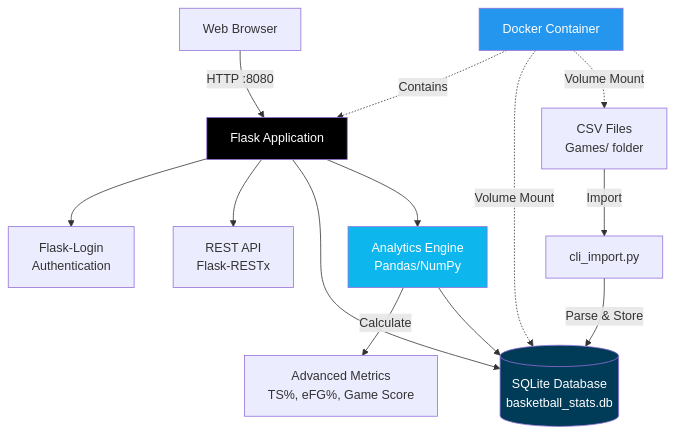
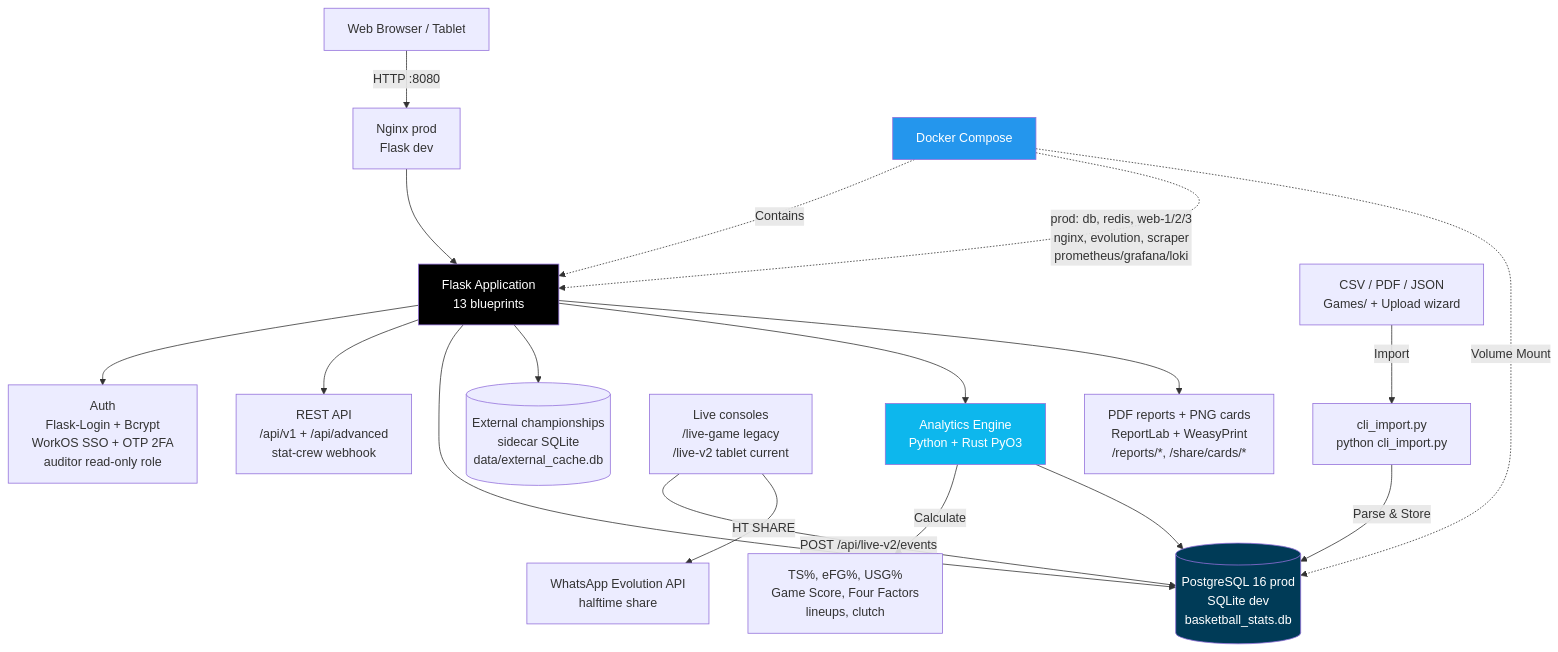
Before and after one commit to GiulioMastromartino/Basketball-stats: the diagram in README.md, drawn with Mermaid. The commit also changed other lines of this file and 14 other files, not shown here.

````diff
--- a/README.md
+++ b/README.md
@@ -9,23 +9,30 @@
 ```mermaid
 graph TD
-    Client[Web Browser] -->|HTTP :8080| Flask[Flask Application]
-    Flask --> Auth[Flask-Login<br/>Authentication]
-    Flask --> API[REST API<br/>Flask-RESTx]
-    Flask --> DB[(SQLite Database<br/>basketball_stats.db)]
-    
-    CSV[CSV Files<br/>Games/ folder] -->|Import| CLI[cli_import.py]
+    Client[Web Browser / Tablet] -->|HTTP :8080| Nginx[Nginx prod<br/>Flask dev]
+    Nginx --> Flask[Flask Application<br/>13 blueprints]
+    Flask --> Auth[Auth<br/>Flask-Login + Bcrypt<br/>WorkOS SSO + OTP 2FA<br/>auditor read-only role]
+    Flask --> API[REST API<br/>/api/v1 + /api/advanced<br/>stat-crew webhook]
+    Flask --> DB[(PostgreSQL 16 prod<br/>SQLite dev<br/>basketball_stats.db)]
+    Flask --> Sidecar[(External championships<br/>sidecar SQLite<br/>data/external_cache.db)]
+
+    CSV[CSV / PDF / JSON<br/>Games/ + Upload wizard] -->|Import| CLI[cli_import.py<br/>python cli_import.py]
     CLI -->|Parse & Store| DB
-    
-    Core[Analytics Engine<br/>Pandas/NumPy] -->|Calculate| Metrics[Advanced Metrics<br/>TS%, eFG%, Game Score]
+
+    Live[Live consoles<br/>/live-game legacy<br/>/live-v2 tablet current] -->|POST /api/live-v2/events| DB
+    Live -->|HT SHARE| WA[WhatsApp Evolution API<br/>halftime share]
+
+    Core[Analytics Engine<br/>Python + Rust PyO3] -->|Calculate| Metrics[TS%, eFG%, USG%<br/>Game Score, Four Factors<br/>lineups, clutch]
     Flask --> Core
     Core --> DB
-    
-    Docker[Docker Container] -.->|Contains| Flask
+
+    Flask --> PDF[PDF reports + PNG cards<br/>ReportLab + WeasyPrint<br/>/reports/*, /share/cards/*]
+
+    Docker[Docker Compose] -.->|Contains| Flask
+    Docker -.->|prod: db, redis, web-1/2/3<br/>nginx, evolution, scraper<br/>prometheus/grafana/loki| Flask
     Docker -.->|Volume Mount| DB
-    Docker -.->|Volume Mount| CSV
-    
+
     style Flask fill:#000000,color:#fff
     style DB fill:#003B57,color:#fff
     style Docker fill:#2496ED,color:#fff
     style Core fill:#0db7ed,color:#fff
 ```
````
